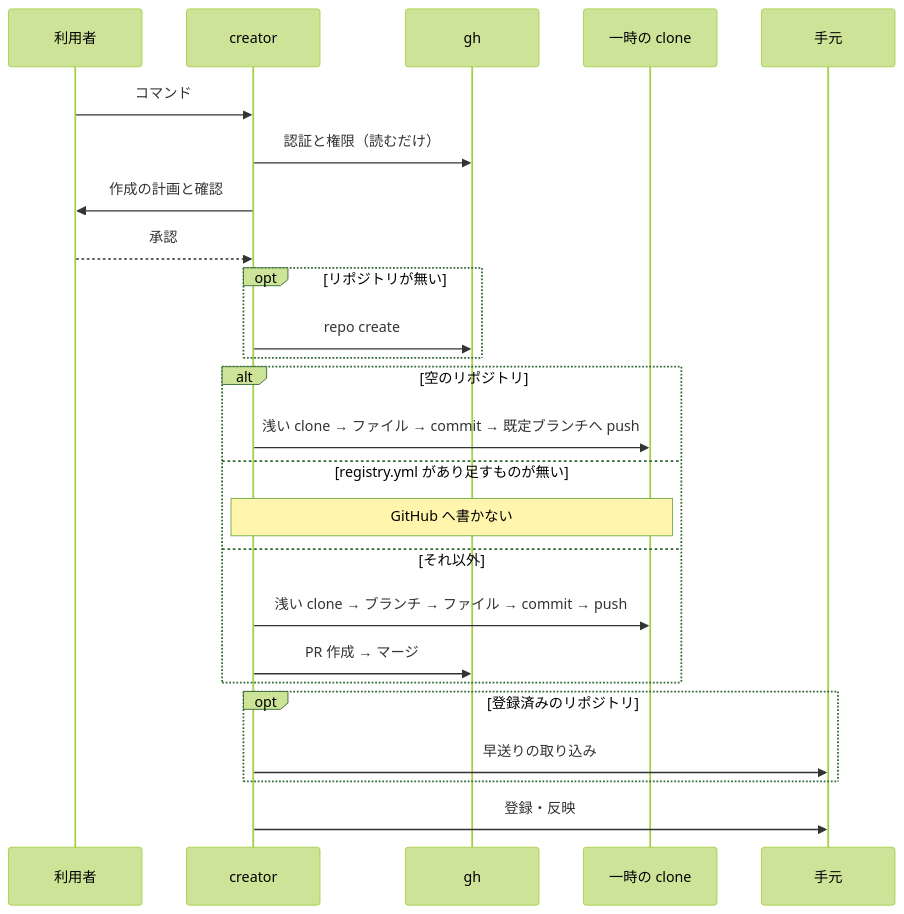
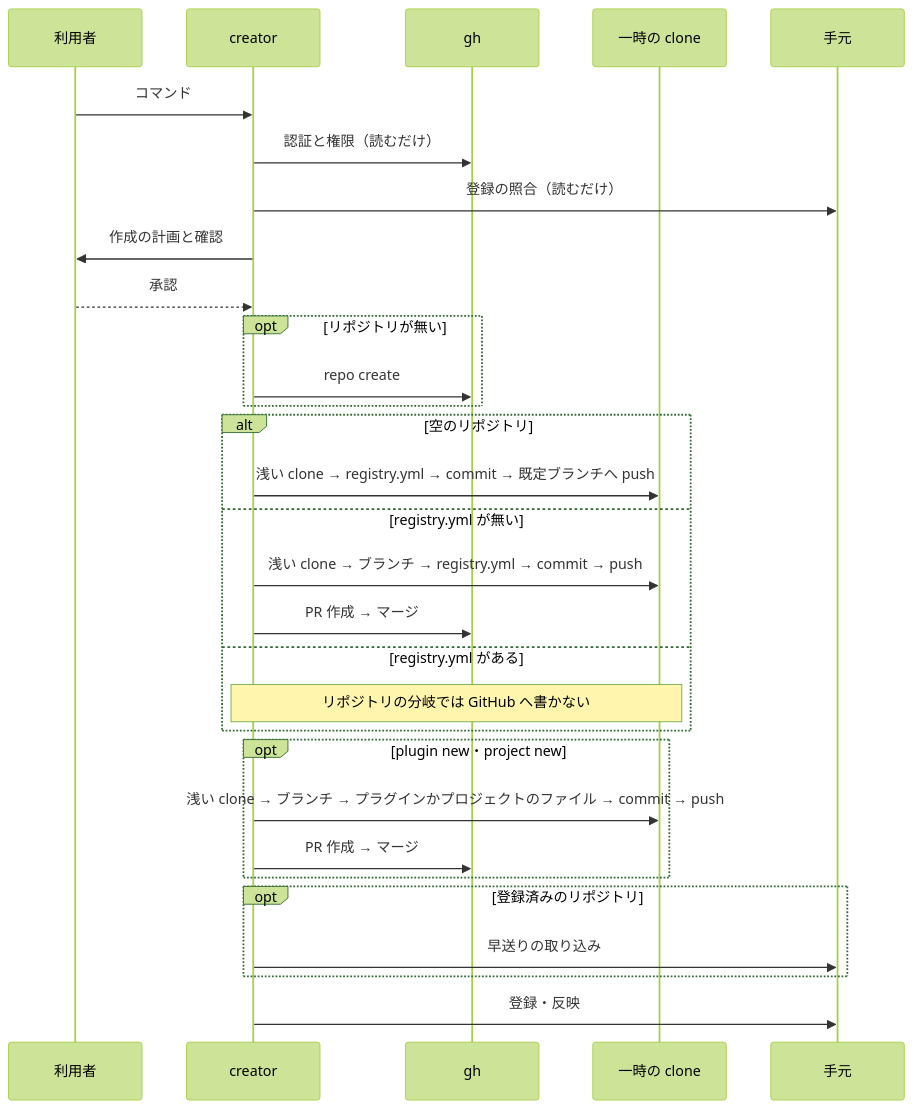
One commit to devbasex/devbase changed the second of 2 diagrams in issues/issue-514-design.md. Above: the diagram before and after it, drawn with Mermaid (forest theme). The commit also changed other lines of this file, not shown here.

````diff
--- a/issues/issue-514-design.md
+++ b/issues/issue-514-design.md
@@ -218,27 +243,32 @@
 ```mermaid
 sequenceDiagram
     participant U as 利用者
     participant C as creator
     participant G as gh
     participant T as 一時の clone
     participant L as 手元
     U->>C: コマンド
     C->>G: 認証と権限（読むだけ）
+    C->>L: 登録の照合（読むだけ）
     C->>U: 作成の計画と確認
     U-->>C: 承認
     opt リポジトリが無い
         C->>G: repo create
     end
     alt 空のリポジトリ
-        C->>T: 浅い clone → ファイル → commit → 既定ブランチへ push
-    else registry.yml があり足すものが無い
-        Note over C,T: GitHub へ書かない
-    else それ以外
-        C->>T: 浅い clone → ブランチ → ファイル → commit → push
+        C->>T: 浅い clone → registry.yml → commit → 既定ブランチへ push
+    else registry.yml が無い
+        C->>T: 浅い clone → ブランチ → registry.yml → commit → push
+        C->>G: PR 作成 → マージ
+    else registry.yml がある
+        Note over C,T: リポジトリの分岐では GitHub へ書かない
+    end
+    opt plugin new・project new
+        C->>T: 浅い clone → ブランチ → プラグインかプロジェクトのファイル → commit → push
         C->>G: PR 作成 → マージ
     end
     opt 登録済みのリポジトリ
         C->>L: 早送りの取り込み
     end
     C->>L: 登録・反映
 ```
````
